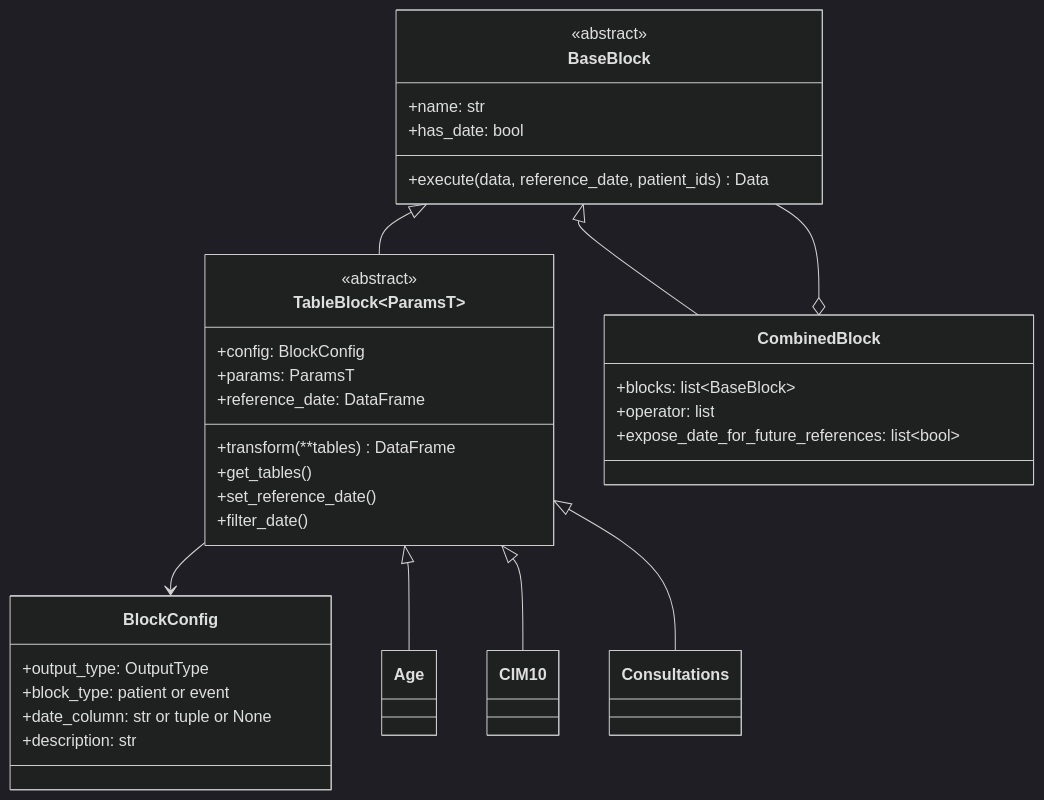
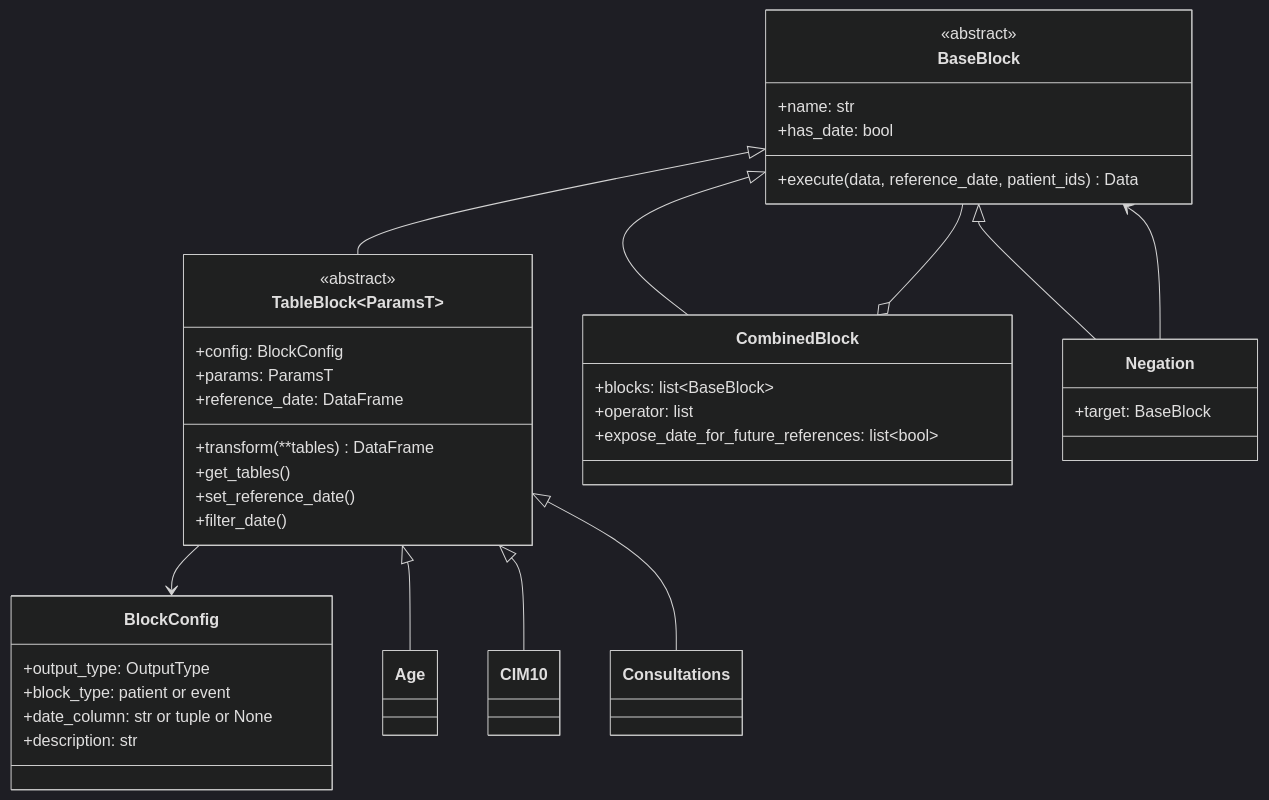
The first of 3 diagrams in requipso/docs/pages/technique/blocs-internes.md (ipsosante/requipso), drawn with Mermaid (dark theme) before and after one commit. The commit also changed other lines of this file and 10 other files, not shown here.

Commit message:
feat: add Negation block

````diff
--- a/requipso/docs/pages/technique/blocs-internes.md
+++ b/requipso/docs/pages/technique/blocs-internes.md
@@ -7,37 +7,42 @@
 ```mermaid
 classDiagram
     class BaseBlock {
         <<abstract>>
         +name: str
         +has_date: bool
         +execute(data, reference_date, patient_ids) Data
     }
     class TableBlock~ParamsT~ {
         <<abstract>>
         +config: BlockConfig
         +params: ParamsT
         +reference_date: DataFrame
         +transform(**tables) DataFrame
         +get_tables()
         +set_reference_date()
         +filter_date()
     }
     class CombinedBlock {
         +blocks: list~BaseBlock~
         +operator: list
         +expose_date_for_future_references: list~bool~
     }
+    class Negation {
+        +target: BaseBlock
+    }
     class BlockConfig {
         +output_type: OutputType
         +block_type: patient or event
         +date_column: str or tuple or None
         +description: str
     }
     BaseBlock <|-- TableBlock
     BaseBlock <|-- CombinedBlock
+    BaseBlock <|-- Negation
     TableBlock --> BlockConfig
     CombinedBlock o-- BaseBlock
+    Negation --> BaseBlock
     TableBlock <|-- Age
     TableBlock <|-- CIM10
     TableBlock <|-- Consultations
 ```
````
